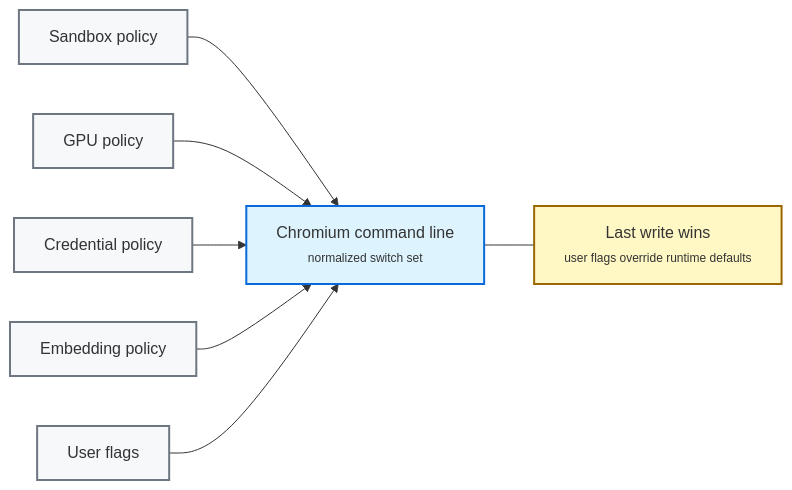
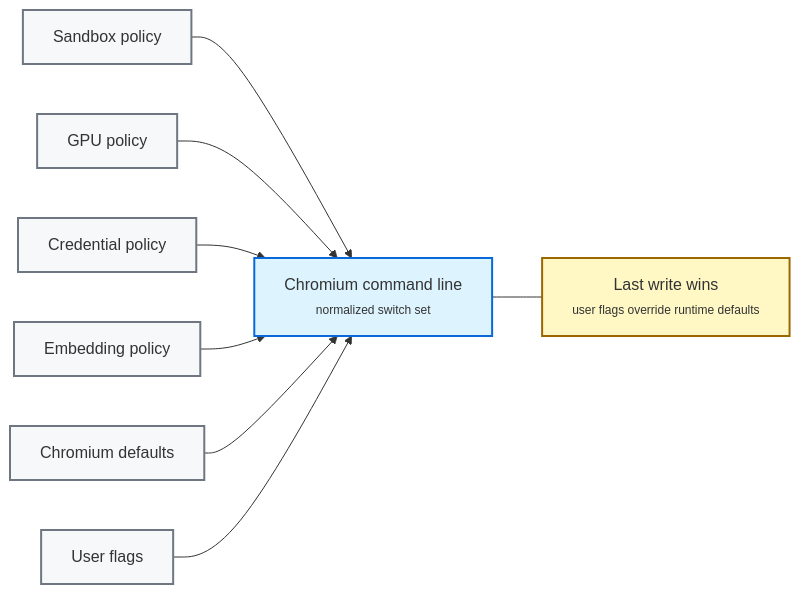
One commit to 0x48piraj/kurogane changed the first of 6 diagrams in ARCHITECTURE.md. Above: the diagram before and after it, drawn with Mermaid. The commit also changed other lines of this file and 8 other files, not shown here.

````diff
--- a/ARCHITECTURE.md
+++ b/ARCHITECTURE.md
@@ -125,28 +125,30 @@
 ```mermaid
 flowchart LR
     A["Sandbox policy"]
     B["GPU policy"]
     C["Credential policy"]
     F["Embedding policy"]
+    G["Chromium defaults"]
     D["User flags"]
 
     E["Chromium command line<br/><span style='font-size:12px'>normalized switch set</span>"]
 
     A --> E
     B --> E
     C --> E
     F --> E
+    G --> E
     D --> E
 
     N["Last write wins<br/><span style='font-size:12px'>user flags override runtime defaults</span>"]
 
     E --- N
 
     classDef policy fill:#f6f8fa,stroke:#6e7781,stroke-width:2px;
     classDef command fill:#ddf4ff,stroke:#0969da,stroke-width:2px;
     classDef note fill:#fff8c5,stroke:#9a6700,stroke-width:2px;
 
-    class A,B,C,F,D policy;
+    class A,B,C,F,G,D policy;
     class E command;
     class N note;
 ```
````
